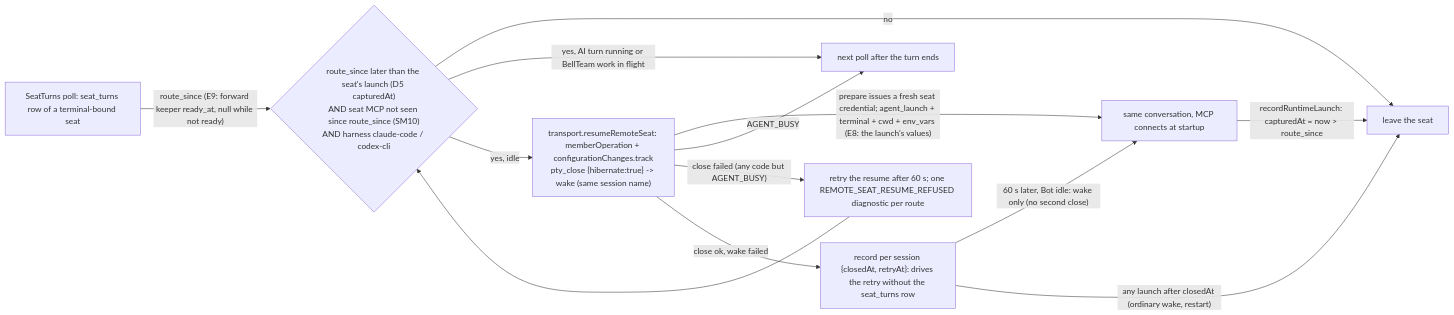
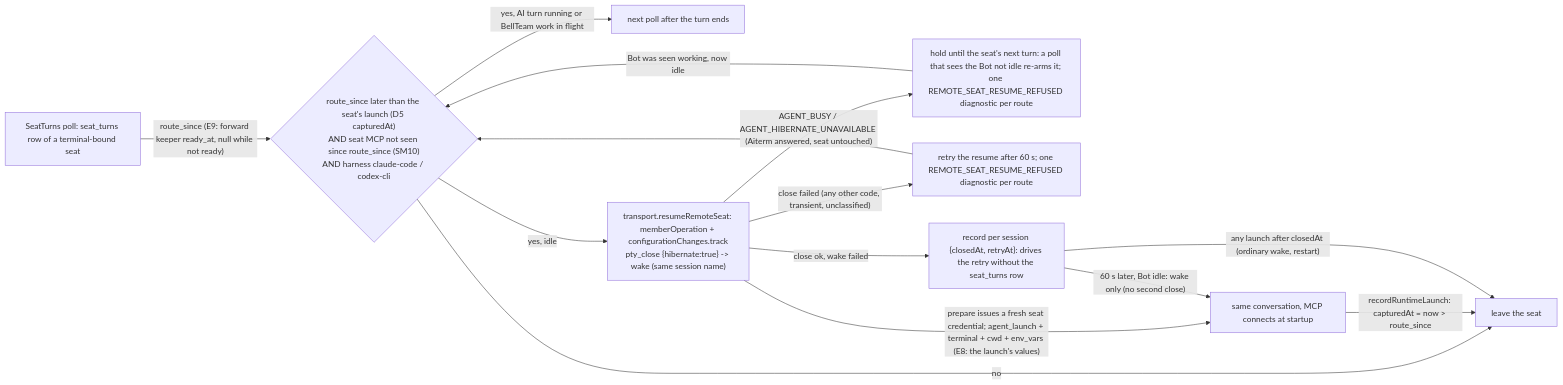
The third of 5 diagrams in docs/architecture/modules/execution/remote-seat.md (kitepon/BellTeam), drawn with Mermaid before and after one commit. The commit also changed other lines of this file and 2 other files, not shown here.

Commit message:
execution: hold a remote-seat resume refused by the seat until its next turn (t29)
pty_close {hibernate:true} answered AGENT_BUSY (background_work_or_unknown: MCP helper
processes) for an idle Mac seat on every seat-turns poll, so the route rule closed it
every ~5 s for ever. AGENT_BUSY and AGENT_HIBERNATE_UNAVAILABLE are answers about the
seat itself: hold the close until the seat runs a turn (a poll that sees it working
re-arms it), a new launch, or a rebuilt forward. Other failures keep the 60 s retry.
Diagram: execution remote-seat.md.

````diff
--- a/docs/architecture/modules/execution/remote-seat.md
+++ b/docs/architecture/modules/execution/remote-seat.md
@@ -116,15 +116,16 @@
 ```mermaid
 flowchart LR
   Poll["SeatTurns poll: seat_turns row of a terminal-bound seat"] -->|"route_since (E9: forward keeper ready_at, null while not ready)"| Rule{"route_since later than the seat's launch (D5 capturedAt)<br/>AND seat MCP not seen since route_since (SM10)<br/>AND harness claude-code / codex-cli"}
   Rule -->|no| Keep[leave the seat]
   Rule -->|"yes, AI turn running or BellTeam work in flight"| Wait[next poll after the turn ends]
   Rule -->|"yes, idle"| Resume["transport.resumeRemoteSeat: memberOperation + configurationChanges.track<br/>pty_close {hibernate:true} -> wake (same session name)"]
   Resume -->|"prepare issues a fresh seat credential; agent_launch + terminal + cwd + env_vars (E8: the launch's values)"| Seat[same conversation, MCP connects at startup]
   Seat -->|"recordRuntimeLaunch: capturedAt = now > route_since"| Keep
-  Resume -->|"AGENT_BUSY"| Wait
-  Resume -->|"close failed (any code but AGENT_BUSY)"| Later["retry the resume after 60 s; one REMOTE_SEAT_RESUME_REFUSED diagnostic per route"]
+  Resume -->|"AGENT_BUSY / AGENT_HIBERNATE_UNAVAILABLE (Aiterm answered, seat untouched)"| Turn["hold until the seat's next turn: a poll that sees the Bot not idle re-arms it; one REMOTE_SEAT_RESUME_REFUSED diagnostic per route"]
+  Turn -->|"Bot was seen working, now idle"| Rule
+  Resume -->|"close failed (any other code, transient, unclassified)"| Later["retry the resume after 60 s; one REMOTE_SEAT_RESUME_REFUSED diagnostic per route"]
   Later --> Rule
   Resume -->|"close ok, wake failed"| Woken["record per session {closedAt, retryAt}: drives the retry without the seat_turns row"]
   Woken -->|"60 s later, Bot idle: wake only (no second close)"| Seat
   Woken -->|"any launch after closedAt (ordinary wake, restart)"| Keep
 ```
````
